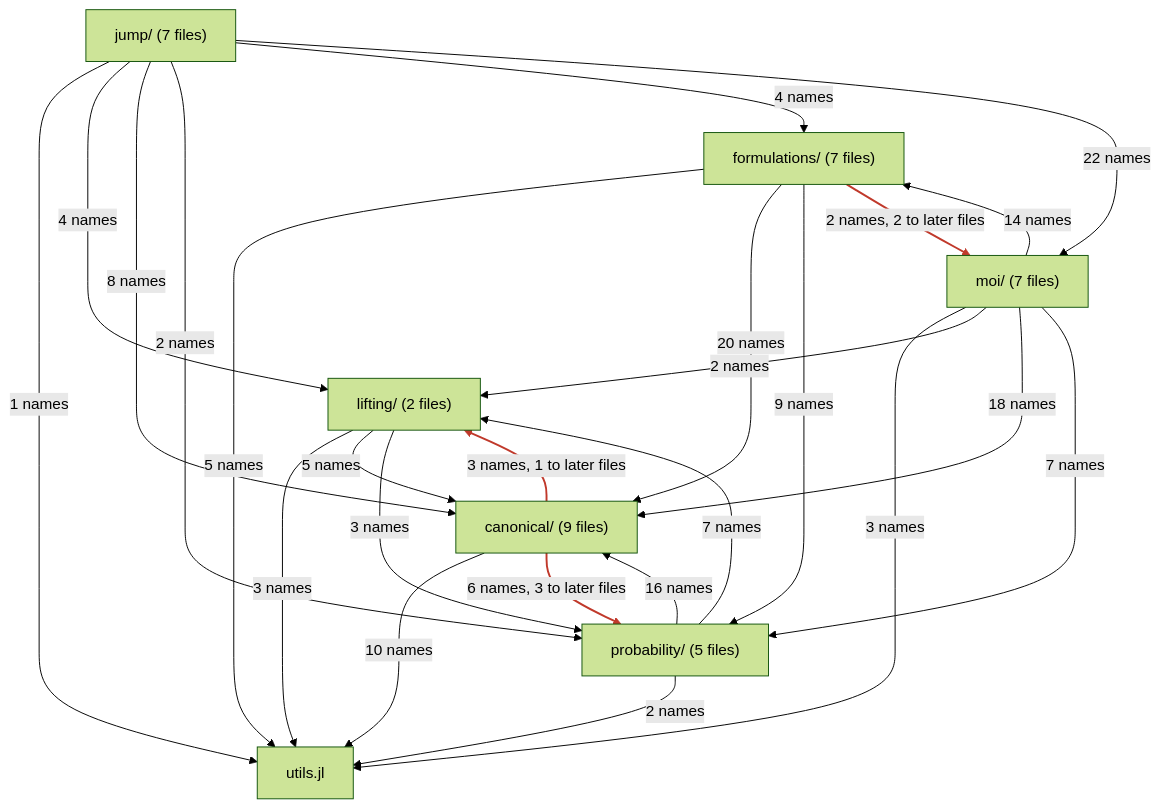
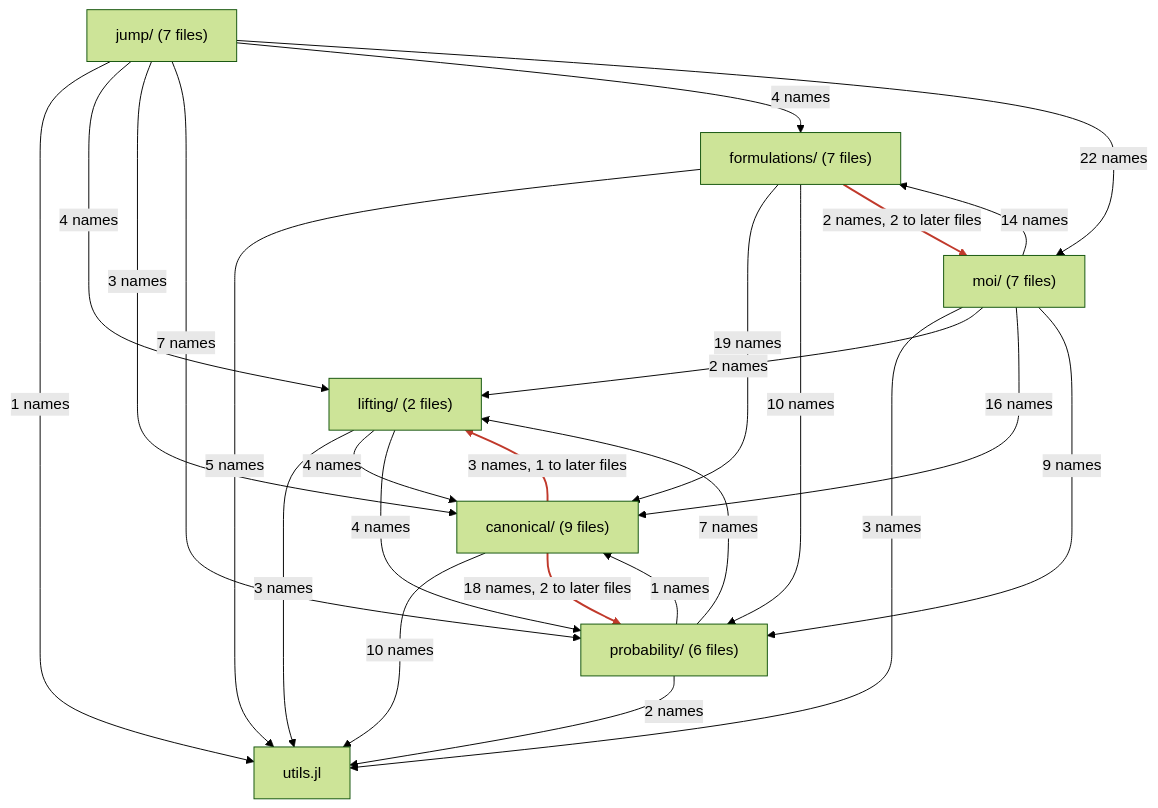
The diagram in docs/src/developer/structure_current.md (bfpc/LinearDecisionRules.jl), drawn with Mermaid (forest theme) before and after one commit. The commit also changed other lines of this file and 8 other files, not shown here.

````diff
--- a/docs/src/developer/structure_current.md
+++ b/docs/src/developer/structure_current.md
@@ -12,37 +12,37 @@
 ```mermaid
 flowchart TD
     utils["utils.jl"]
     lifting["lifting/ (2 files)"]
     canonical["canonical/ (9 files)"]
-    probability["probability/ (5 files)"]
+    probability["probability/ (6 files)"]
     formulations["formulations/ (7 files)"]
     moi["moi/ (7 files)"]
     jump["jump/ (7 files)"]
     lifting -->|"3 names"| utils
-    lifting -->|"5 names"| canonical
-    lifting -->|"3 names"| probability
+    lifting -->|"4 names"| canonical
+    lifting -->|"4 names"| probability
     canonical -->|"10 names"| utils
     canonical -->|"3 names, 1 to later files"| lifting
-    canonical -->|"6 names, 3 to later files"| probability
+    canonical -->|"18 names, 2 to later files"| probability
     probability -->|"2 names"| utils
     probability -->|"7 names"| lifting
-    probability -->|"16 names"| canonical
+    probability -->|"1 names"| canonical
     formulations -->|"5 names"| utils
-    formulations -->|"20 names"| canonical
-    formulations -->|"9 names"| probability
+    formulations -->|"19 names"| canonical
+    formulations -->|"10 names"| probability
     formulations -->|"2 names, 2 to later files"| moi
     moi -->|"3 names"| utils
     moi -->|"2 names"| lifting
-    moi -->|"18 names"| canonical
-    moi -->|"7 names"| probability
+    moi -->|"16 names"| canonical
+    moi -->|"9 names"| probability
     moi -->|"14 names"| formulations
     jump -->|"1 names"| utils
     jump -->|"4 names"| lifting
-    jump -->|"8 names"| canonical
-    jump -->|"2 names"| probability
+    jump -->|"3 names"| canonical
+    jump -->|"7 names"| probability
     jump -->|"4 names"| formulations
     jump -->|"22 names"| moi
     linkStyle 4 stroke:#c0392b,stroke-width:2px
     linkStyle 5 stroke:#c0392b,stroke-width:2px
     linkStyle 12 stroke:#c0392b,stroke-width:2px
 ```
````
